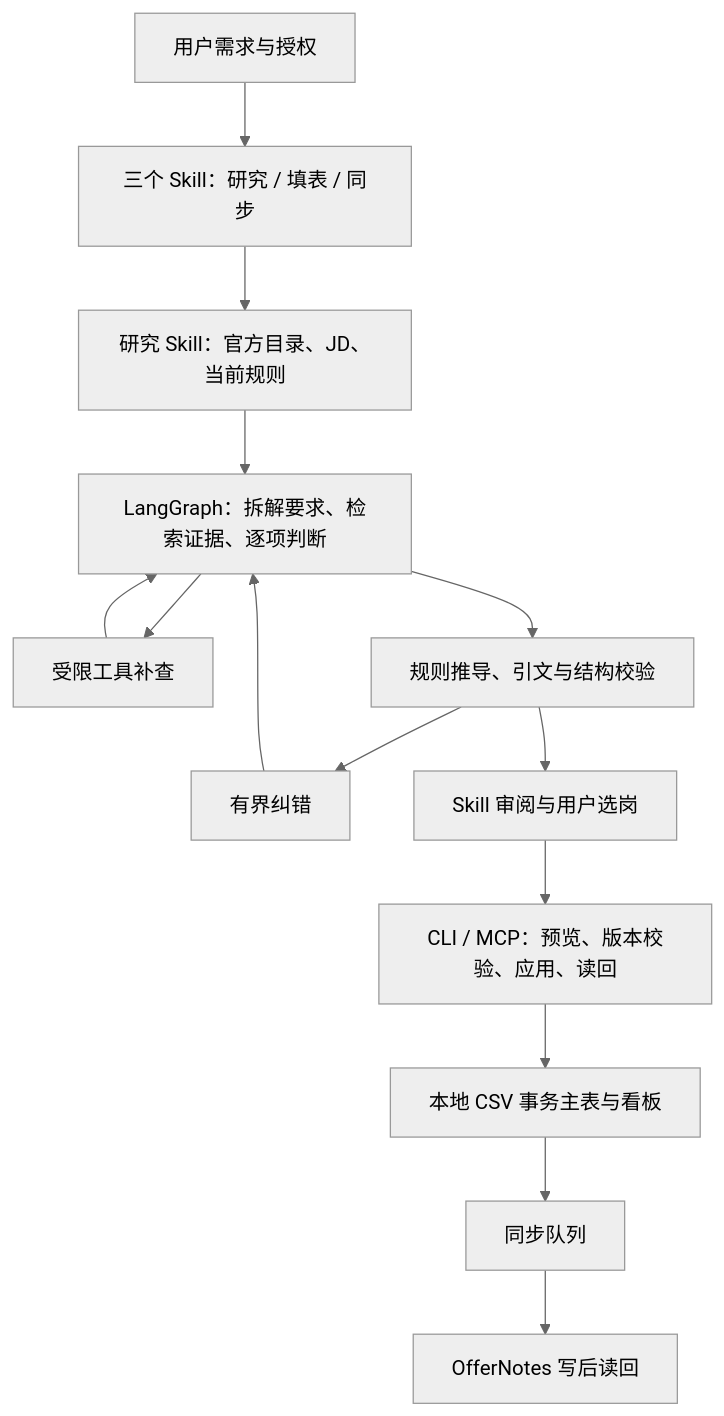
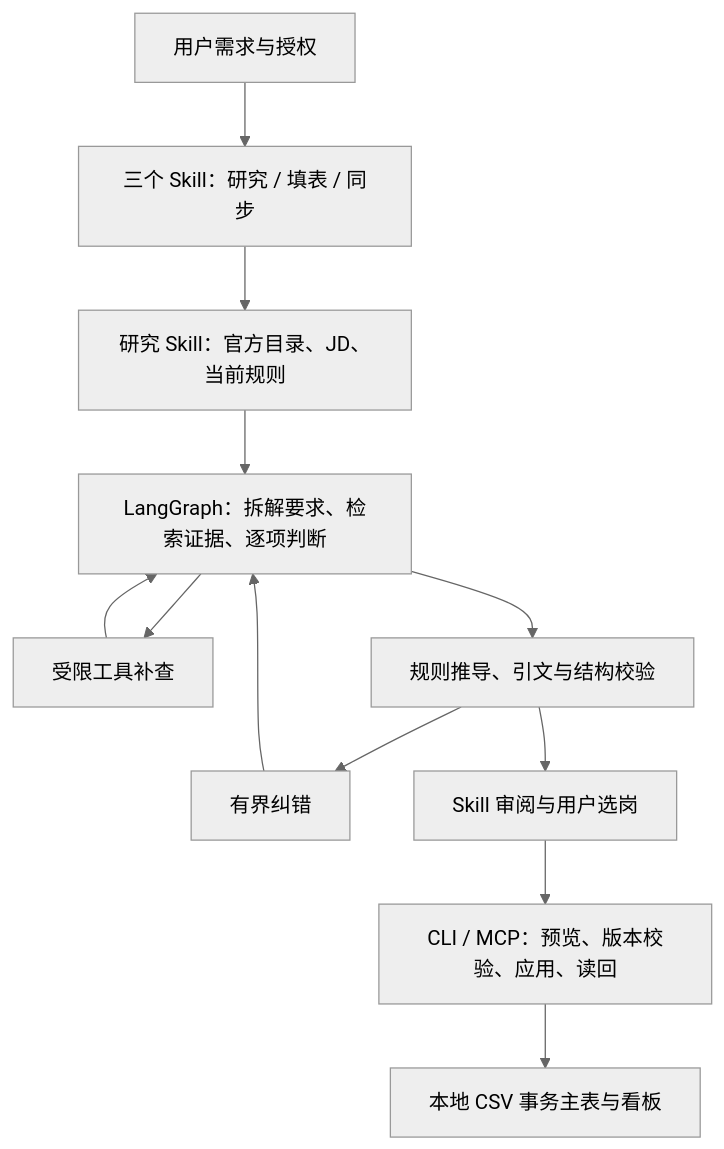
The diagram in README.md (YoungShip/CareerWorkbench), drawn with Mermaid (neutral theme) before and after one commit. The commit also changed other lines of this file and 49 other files, not shown here.

First line of the commit message:
Remove OfferNotes from the workflow

````diff
--- a/README.md
+++ b/README.md
@@ -52,16 +52,14 @@
 ```mermaid
 flowchart TD
     U[用户需求与授权] --> S[三个 Skill：研究 / 填表 / 同步]
     S --> R[研究 Skill：官方目录、JD、当前规则]
     R --> A[LangGraph：拆解要求、检索证据、逐项判断]
     A --> T[受限工具补查]
     T --> A
     A --> V[规则推导、引文与结构校验]
     V --> F[有界纠错]
     F --> A
     V --> H[Skill 审阅与用户选岗]
     H --> M[CLI / MCP：预览、版本校验、应用、读回]
     M --> D[本地 CSV 事务主表与看板]
-    D --> Q[同步队列]
-    Q --> O[OfferNotes 写后读回]
 ```
````
